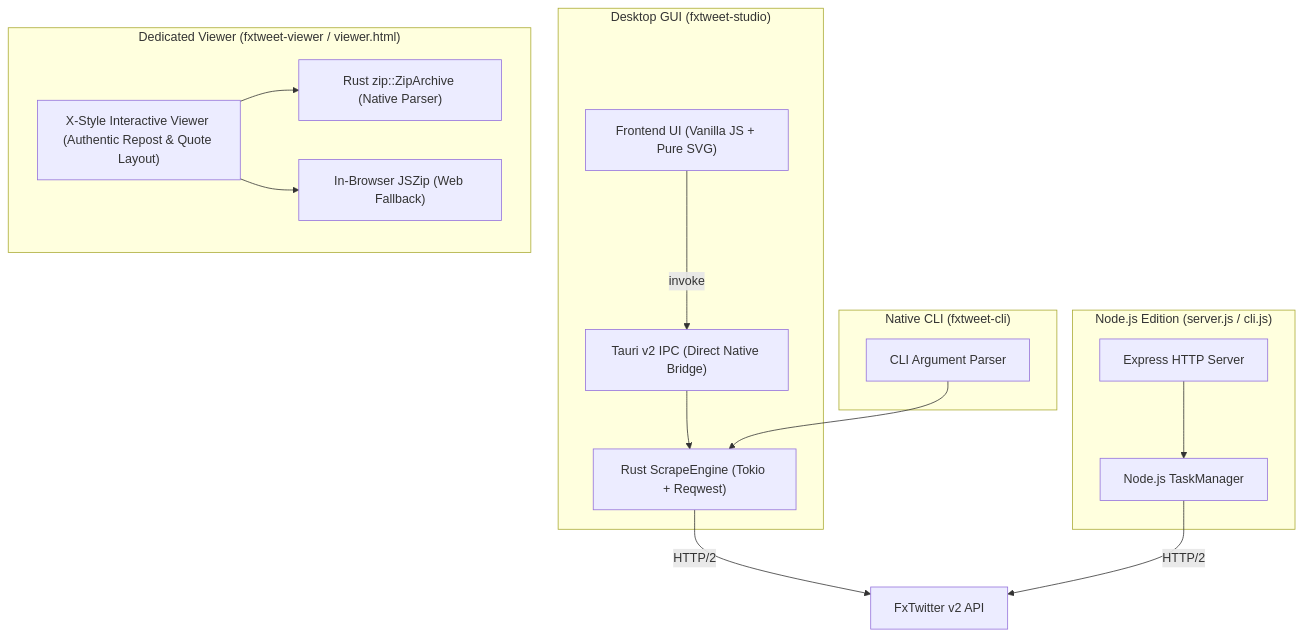
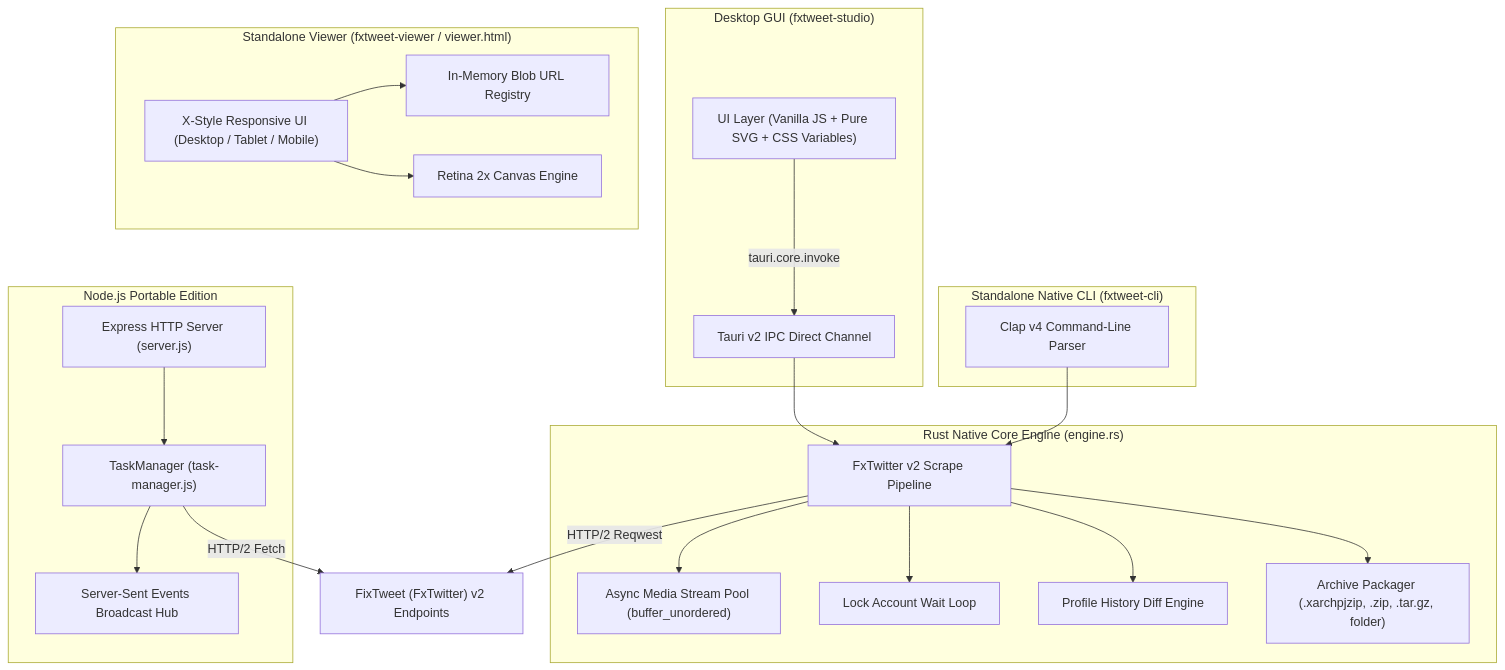
The diagram in DOCS.md (hikaproj/publictweetoutputter), drawn with Mermaid before and after one commit. The commit also changed other lines of this file and 10 other files, not shown here.

Commit message:
feat: complete UI/UX unslop, responsive mobile viewer, custom output dir, and comprehensive docs

````diff
--- a/DOCS.md
+++ b/DOCS.md
@@ -12,32 +33,46 @@
 ```mermaid
 flowchart TD
-    subgraph DesktopGUI["Desktop GUI (fxtweet-studio)"]
-        UI["Frontend UI (Vanilla JS + Pure SVG)"]
-        IPC["Tauri v2 IPC (Direct Native Bridge)"]
-        REngine["Rust ScrapeEngine (Tokio + Reqwest)"]
-        UI -->|invoke| IPC
-        IPC --> REngine
+    subgraph StudioGUI["Desktop GUI (fxtweet-studio)"]
+        UI["UI Layer (Vanilla JS + Pure SVG + CSS Variables)"]
+        IPCBridge["Tauri v2 IPC Direct Channel"]
+        UI -->|tauri.core.invoke| IPCBridge
     end
 
-    subgraph NativeCLI["Native CLI (fxtweet-cli)"]
-        CLIArgs["CLI Argument Parser"]
-        CLIArgs --> REngine
+    subgraph NativeViewer["Standalone Viewer (fxtweet-viewer / viewer.html)"]
+        VUI["X-Style Responsive UI (Desktop / Tablet / Mobile)"]
+        BlobStore["In-Memory Blob URL Registry"]
+        CanvasRenderer["Retina 2x Canvas Engine"]
+        VUI --> BlobStore
+        VUI --> CanvasRenderer
     end
 
-    subgraph NativeViewer["Dedicated Viewer (fxtweet-viewer / viewer.html)"]
-        VUI["X-Style Interactive Viewer (Authentic Repost & Quote Layout)"]
-        ZipNative["Rust zip::ZipArchive (Native Parser)"]
-        JSZip["In-Browser JSZip (Web Fallback)"]
-        VUI --> ZipNative
-        VUI --> JSZip
+    subgraph NativeCLI["Standalone Native CLI (fxtweet-cli)"]
+        ClapParser["Clap v4 Command-Line Parser"]
     end
 
-    subgraph NodeEdition["Node.js Edition (server.js / cli.js)"]
-        Express["Express HTTP Server"]
-        NodeEngine["Node.js TaskManager"]
-        Express --> NodeEngine
+    subgraph CoreEngine["Rust Native Core Engine (engine.rs)"]
+        ScrapePipeline["FxTwitter v2 Scrape Pipeline"]
+        MediaPool["Async Media Stream Pool (buffer_unordered)"]
+        LockDetector["Lock Account Wait Loop"]
+        ProfileDiff["Profile History Diff Engine"]
+        Packer["Archive Packager (.xarchpjzip, .zip, .tar.gz, folder)"]
     end
 
-    REngine -->|HTTP/2| FxAPI["FxTwitter v2 API"]
-    NodeEngine -->|HTTP/2| FxAPI
+    subgraph NodeSuite["Node.js Portable Edition"]
+        ExpressSrv["Express HTTP Server (server.js)"]
+        NodeTM["TaskManager (task-manager.js)"]
+        SSEHub["Server-Sent Events Broadcast Hub"]
+        ExpressSrv --> NodeTM
+        NodeTM --> SSEHub
+    end
+
+    IPCBridge --> ScrapePipeline
+    ClapParser --> ScrapePipeline
+    ScrapePipeline --> MediaPool
+    ScrapePipeline --> LockDetector
+    ScrapePipeline --> ProfileDiff
+    ScrapePipeline --> Packer
+
+    ScrapePipeline -->|HTTP/2 Reqwest| FxAPI["FixTweet (FxTwitter) v2 Endpoints"]
+    NodeTM -->|HTTP/2 Fetch| FxAPI
 ```
````
